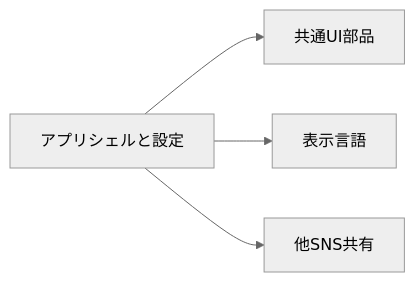
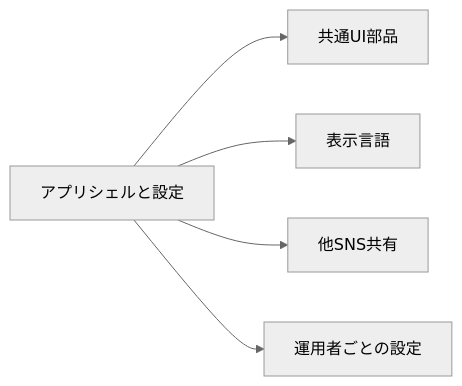
One commit to nekono-dev/skyshare changed the first of 5 diagrams in docs/architecture/common-ui.md. Above: the diagram before and after it, drawn with Mermaid (neutral theme). The commit also changed other lines of this file and 31 other files, not shown here.

````diff
--- a/docs/architecture/common-ui.md
+++ b/docs/architecture/common-ui.md
@@ -23,6 +24,7 @@
 ```mermaid
 flowchart LR
   shell["アプリシェルと設定"] --> ui["共通UI部品"]
   shell --> i18n["表示言語"]
   shell --> share["他SNS共有"]
+  shell --> site["運用者ごとの設定"]
 ```
````
